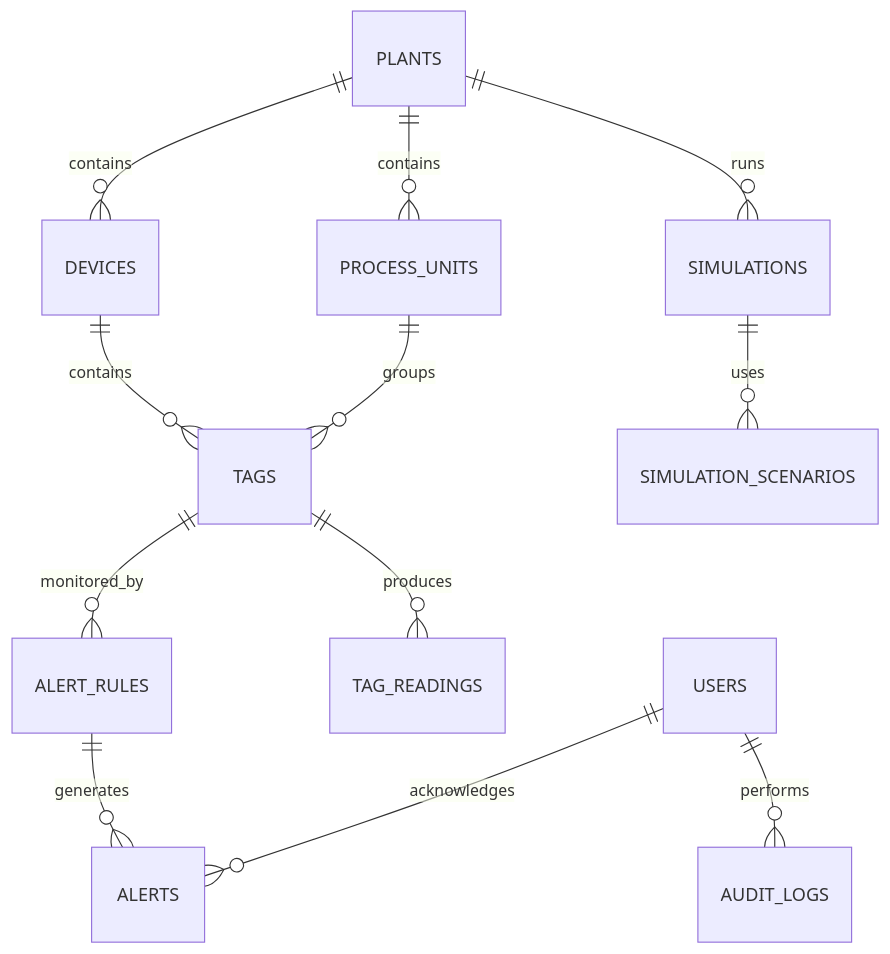
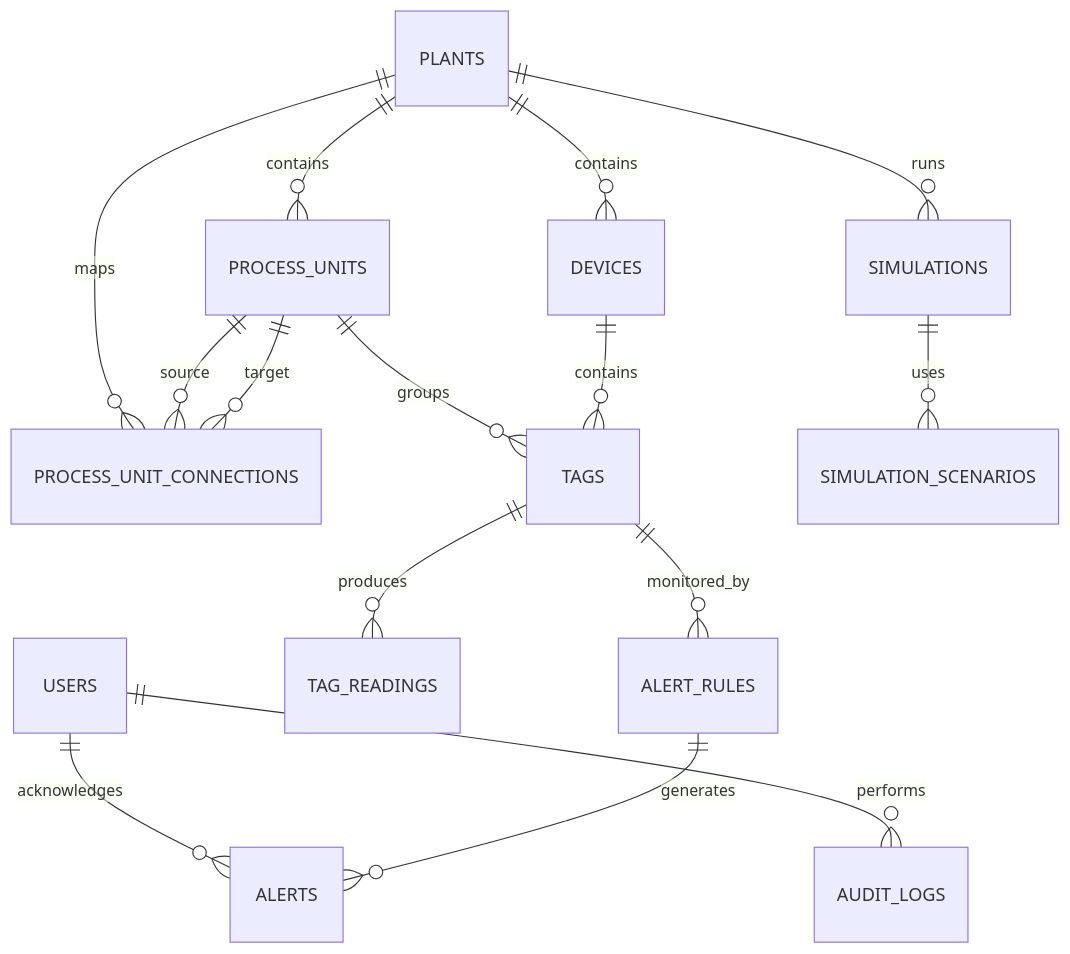
Before and after one commit to bryancastillo10/smart-plc-control: the diagram in server/SCHEMA.MD, drawn with Mermaid. The commit also changed other lines of this file and 1 other file, not shown here.

Commit message:
📝docs: updated api & schema based on latest changes

````diff
--- a/server/SCHEMA.MD
+++ b/server/SCHEMA.MD
@@ -11,19 +11,22 @@
 ```mermaid
 erDiagram
     USERS ||--o{ ALERTS : acknowledges
     USERS ||--o{ AUDIT_LOGS : performs
 
     PLANTS ||--o{ PROCESS_UNITS : contains
+    PLANTS ||--o{ PROCESS_UNIT_CONNECTIONS : maps
     PLANTS ||--o{ DEVICES : contains
     PLANTS ||--o{ SIMULATIONS : runs
 
     PROCESS_UNITS ||--o{ TAGS : groups
+    PROCESS_UNITS ||--o{ PROCESS_UNIT_CONNECTIONS : source
+    PROCESS_UNITS ||--o{ PROCESS_UNIT_CONNECTIONS : target
     DEVICES ||--o{ TAGS : contains
 
     TAGS ||--o{ TAG_READINGS : produces
     TAGS ||--o{ ALERT_RULES : monitored_by
 
     ALERT_RULES ||--o{ ALERTS : generates
 
     SIMULATIONS ||--o{ SIMULATION_SCENARIOS : uses
 ```
````
